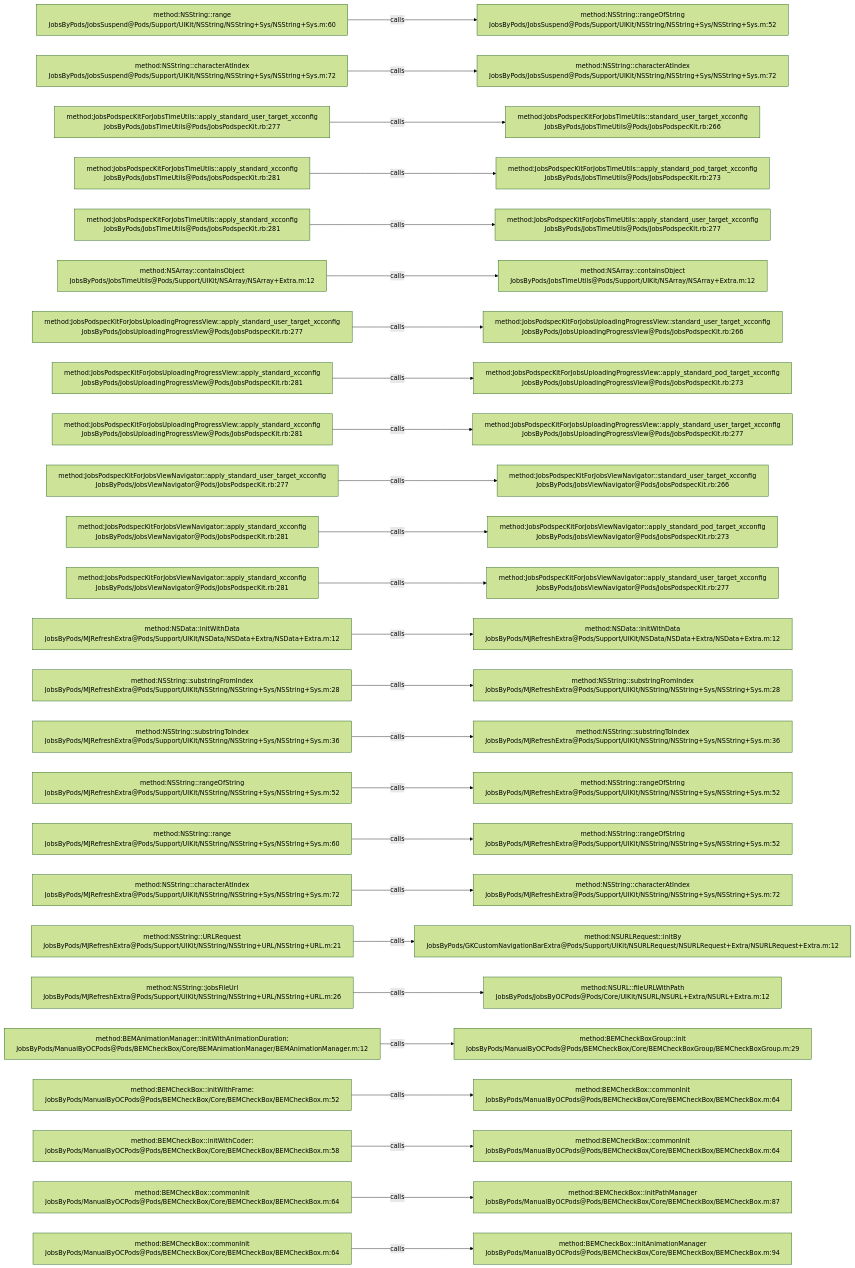
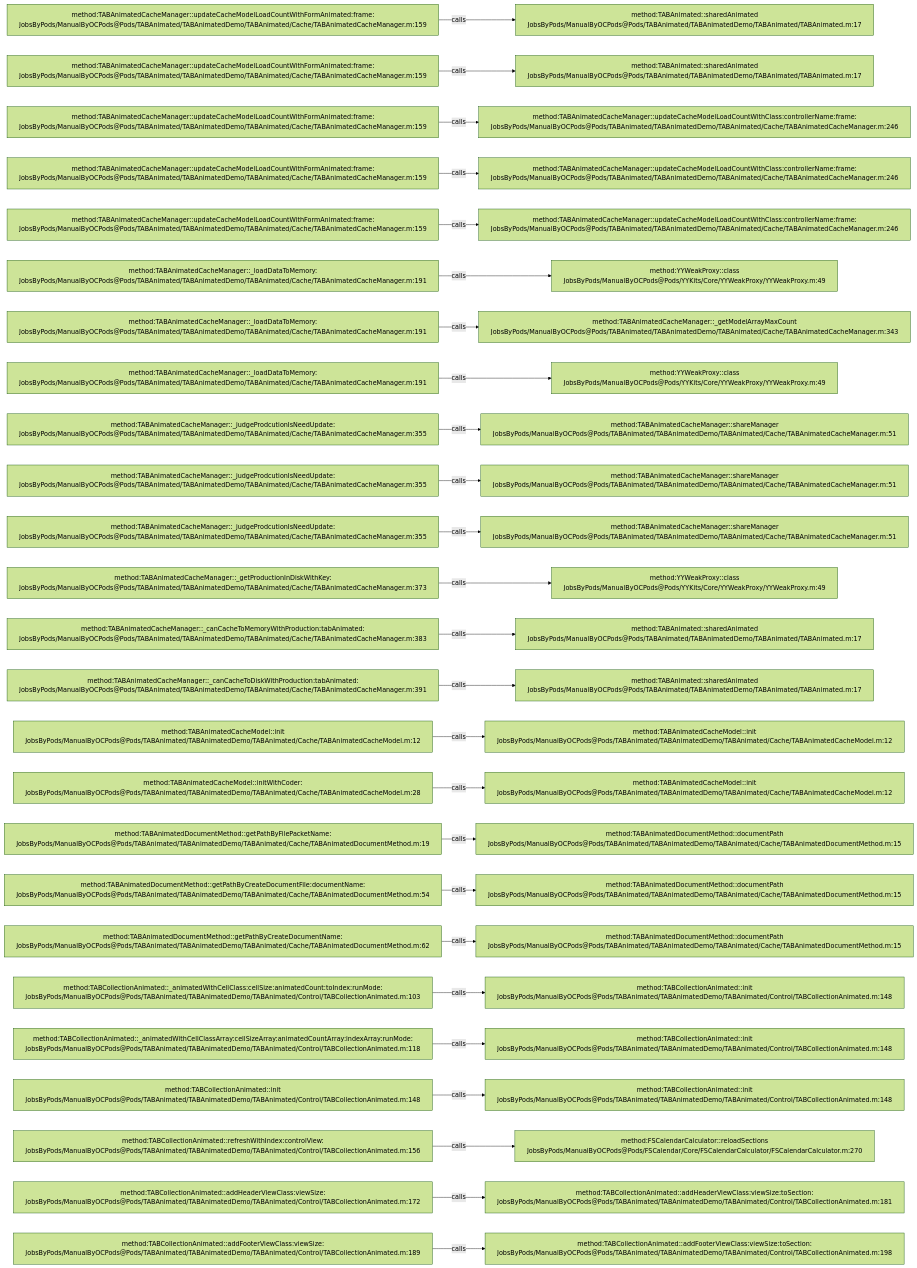
The diagram in .codegraph/codegraph.md/graphs/calls-013.md (JobsKits/JobsOCBaseConfigDemo), drawn with Mermaid (forest theme) before and after one commit. The commit also changed 1448 other files, not shown here.

````diff
--- a/.codegraph/codegraph.md/graphs/calls-013.md
+++ b/.codegraph/codegraph.md/graphs/calls-013.md
@@ -13,78 +13,78 @@
 ```mermaid
 flowchart LR
-  S1["method:NSString::range<br/>JobsByPods/JobsSuspend@Pods/Support/UIKit/NSString/NSString+Sys/NSString+Sys.m:60"]
-  T1["method:NSString::rangeOfString<br/>JobsByPods/JobsSuspend@Pods/Support/UIKit/NSString/NSString+Sys/NSString+Sys.m:52"]
+  S1["method:TABAnimatedCacheManager::updateCacheModelLoadCountWithFormAnimated:frame:<br/>JobsByPods/ManualByOCPods@Pods/TABAnimated/TABAnimatedDemo/TABAnimated/Cache/TABAnimatedCacheManager.m:159"]
+  T1["method:TABAnimated::sharedAnimated<br/>JobsByPods/ManualByOCPods@Pods/TABAnimated/TABAnimatedDemo/TABAnimated/TABAnimated.m:17"]
   S1 -->|calls| T1
-  S2["method:NSString::characterAtIndex<br/>JobsByPods/JobsSuspend@Pods/Support/UIKit/NSString/NSString+Sys/NSString+Sys.m:72"]
-  T2["method:NSString::characterAtIndex<br/>JobsByPods/JobsSuspend@Pods/Support/UIKit/NSString/NSString+Sys/NSString+Sys.m:72"]
+  S2["method:TABAnimatedCacheManager::updateCacheModelLoadCountWithFormAnimated:frame:<br/>JobsByPods/ManualByOCPods@Pods/TABAnimated/TABAnimatedDemo/TABAnimated/Cache/TABAnimatedCacheManager.m:159"]
+  T2["method:TABAnimated::sharedAnimated<br/>JobsByPods/ManualByOCPods@Pods/TABAnimated/TABAnimatedDemo/TABAnimated/TABAnimated.m:17"]
   S2 -->|calls| T2
-  S3["method:JobsPodspecKitForJobsTimeUtils::apply_standard_user_target_xcconfig<br/>JobsByPods/JobsTimeUtils@Pods/JobsPodspecKit.rb:277"]
-  T3["method:JobsPodspecKitForJobsTimeUtils::standard_user_target_xcconfig<br/>JobsByPods/JobsTimeUtils@Pods/JobsPodspecKit.rb:266"]
+  S3["method:TABAnimatedCacheManager::updateCacheModelLoadCountWithFormAnimated:frame:<br/>JobsByPods/ManualByOCPods@Pods/TABAnimated/TABAnimatedDemo/TABAnimated/Cache/TABAnimatedCacheManager.m:159"]
+  T3["method:TABAnimatedCacheManager::updateCacheModelLoadCountWithClass:controllerName:frame:<br/>JobsByPods/ManualByOCPods@Pods/TABAnimated/TABAnimatedDemo/TABAnimated/Cache/TABAnimatedCacheManager.m:246"]
   S3 -->|calls| T3
-  S4["method:JobsPodspecKitForJobsTimeUtils::apply_standard_xcconfig<br/>JobsByPods/JobsTimeUtils@Pods/JobsPodspecKit.rb:281"]
-  T4["method:JobsPodspecKitForJobsTimeUtils::apply_standard_pod_target_xcconfig<br/>JobsByPods/JobsTimeUtils@Pods/JobsPodspecKit.rb:273"]
+  S4["method:TABAnimatedCacheManager::updateCacheModelLoadCountWithFormAnimated:frame:<br/>JobsByPods/ManualByOCPods@Pods/TABAnimated/TABAnimatedDemo/TABAnimated/Cache/TABAnimatedCacheManager.m:159"]
+  T4["method:TABAnimatedCacheManager::updateCacheModelLoadCountWithClass:controllerName:frame:<br/>JobsByPods/ManualByOCPods@Pods/TABAnimated/TABAnimatedDemo/TABAnimated/Cache/TABAnimatedCacheManager.m:246"]
   S4 -->|calls| T4
-  S5["method:JobsPodspecKitForJobsTimeUtils::apply_standard_xcconfig<br/>JobsByPods/JobsTimeUtils@Pods/JobsPodspecKit.rb:281"]
-  T5["method:JobsPodspecKitForJobsTimeUtils::apply_standard_user_target_xcconfig<br/>JobsByPods/JobsTimeUtils@Pods/JobsPodspecKit.rb:277"]
+  S5["method:TABAnimatedCacheManager::updateCacheModelLoadCountWithFormAnimated:frame:<br/>JobsByPods/ManualByOCPods@Pods/TABAnimated/TABAnimatedDemo/TABAnimated/Cache/TABAnimatedCacheManager.m:159"]
+  T5["method:TABAnimatedCacheManager::updateCacheModelLoadCountWithClass:controllerName:frame:<br/>JobsByPods/ManualByOCPods@Pods/TABAnimated/TABAnimatedDemo/TABAnimated/Cache/TABAnimatedCacheManager.m:246"]
   S5 -->|calls| T5
-  S6["method:NSArray::containsObject<br/>JobsByPods/JobsTimeUtils@Pods/Support/UIKit/NSArray/NSArray+Extra.m:12"]
-  T6["method:NSArray::containsObject<br/>JobsByPods/JobsTimeUtils@Pods/Support/UIKit/NSArray/NSArray+Extra.m:12"]
+  S6["method:TABAnimatedCacheManager::_loadDataToMemory:<br/>JobsByPods/ManualByOCPods@Pods/TABAnimated/TABAnimatedDemo/TABAnimated/Cache/TABAnimatedCacheManager.m:191"]
+  T6["method:YYWeakProxy::class<br/>JobsByPods/ManualByOCPods@Pods/YYKits/Core/YYWeakProxy/YYWeakProxy.m:49"]
   S6 -->|calls| T6
-  S7["method:JobsPodspecKitForJobsUploadingProgressView::apply_standard_user_target_xcconfig<br/>JobsByPods/JobsUploadingProgressView@Pods/JobsPodspecKit.rb:277"]
-  T7["method:JobsPodspecKitForJobsUploadingProgressView::standard_user_target_xcconfig<br/>JobsByPods/JobsUploadingProgressView@Pods/JobsPodspecKit.rb:266"]
+  S7["method:TABAnimatedCacheManager::_loadDataToMemory:<br/>JobsByPods/ManualByOCPods@Pods/TABAnimated/TABAnimatedDemo/TABAnimated/Cache/TABAnimatedCacheManager.m:191"]
+  T7["method:TABAnimatedCacheManager::_getModelArrayMaxCount<br/>JobsByPods/ManualByOCPods@Pods/TABAnimated/TABAnimatedDemo/TABAnimated/Cache/TABAnimatedCacheManager.m:343"]
   S7 -->|calls| T7
-  S8["method:JobsPodspecKitForJobsUploadingProgressView::apply_standard_xcconfig<br/>JobsByPods/JobsUploadingProgressView@Pods/JobsPodspecKit.rb:281"]
-  T8["method:JobsPodspecKitForJobsUploadingProgressView::apply_standard_pod_target_xcconfig<br/>JobsByPods/JobsUploadingProgressView@Pods/JobsPodspecKit.rb:273"]
+  S8["method:TABAnimatedCacheManager::_loadDataToMemory:<br/>JobsByPods/ManualByOCPods@Pods/TABAnimated/TABAnimatedDemo/TABAnimated/Cache/TABAnimatedCacheManager.m:191"]
+  T8["method:YYWeakProxy::class<br/>JobsByPods/ManualByOCPods@Pods/YYKits/Core/YYWeakProxy/YYWeakProxy.m:49"]
   S8 -->|calls| T8
-  S9["method:JobsPodspecKitForJobsUploadingProgressView::apply_standard_xcconfig<br/>JobsByPods/JobsUploadingProgressView@Pods/JobsPodspecKit.rb:281"]
-  T9["method:JobsPodspecKitForJobsUploadingProgressView::apply_standard_user_target_xcconfig<br/>JobsByPods/JobsUploadingProgressView@Pods/JobsPodspecKit.rb:277"]
+  S9["method:TABAnimatedCacheManager::_judgeProdcutionIsNeedUpdate:<br/>JobsByPods/ManualByOCPods@Pods/TABAnimated/TABAnimatedDemo/TABAnimated/Cache/TABAnimatedCacheManager.m:355"]
+  T9["method:TABAnimatedCacheManager::shareManager<br/>JobsByPods/ManualByOCPods@Pods/TABAnimated/TABAnimatedDemo/TABAnimated/Cache/TABAnimatedCacheManager.m:51"]
   S9 -->|calls| T9
-  S10["method:JobsPodspecKitForJobsViewNavigator::apply_standard_user_target_xcconfig<br/>JobsByPods/JobsViewNavigator@Pods/JobsPodspecKit.rb:277"]
-  T10["method:JobsPodspecKitForJobsViewNavigator::standard_user_target_xcconfig<br/>JobsByPods/JobsViewNavigator@Pods/JobsPodspecKit.rb:266"]
+  S10["method:TABAnimatedCacheManager::_judgeProdcutionIsNeedUpdate:<br/>JobsByPods/ManualByOCPods@Pods/TABAnimated/TABAnimatedDemo/TABAnimated/Cache/TABAnimatedCacheManager.m:355"]
+  T10["method:TABAnimatedCacheManager::shareManager<br/>JobsByPods/ManualByOCPods@Pods/TABAnimated/TABAnimatedDemo/TABAnimated/Cache/TABAnimatedCacheManager.m:51"]
   S10 -->|calls| T10
-  S11["method:JobsPodspecKitForJobsViewNavigator::apply_standard_xcconfig<br/>JobsByPods/JobsViewNavigator@Pods/JobsPodspecKit.rb:281"]
-  T11["method:JobsPodspecKitForJobsViewNavigator::apply_standard_pod_target_xcconfig<br/>JobsByPods/JobsViewNavigator@Pods/JobsPodspecKit.rb:273"]
+  S11["method:TABAnimatedCacheManager::_judgeProdcutionIsNeedUpdate:<br/>JobsByPods/ManualByOCPods@Pods/TABAnimated/TABAnimatedDemo/TABAnimated/Cache/TABAnimatedCacheManager.m:355"]
+  T11["method:TABAnimatedCacheManager::shareManager<br/>JobsByPods/ManualByOCPods@Pods/TABAnimated/TABAnimatedDemo/TABAnimated/Cache/TABAnimatedCacheManager.m:51"]
   S11 -->|calls| T11
-  S12["method:JobsPodspecKitForJobsViewNavigator::apply_standard_xcconfig<br/>JobsByPods/JobsViewNavigator@Pods/JobsPodspecKit.rb:281"]
-  T12["method:JobsPodspecKitForJobsViewNavigator::apply_standard_user_target_xcconfig<br/>JobsByPods/JobsViewNavigator@Pods/JobsPodspecKit.rb:277"]
+  S12["method:TABAnimatedCacheManager::_getProductionInDiskWithKey:<br/>JobsByPods/ManualByOCPods@Pods/TABAnimated/TABAnimatedDemo/TABAnimated/Cache/TABAnimatedCacheManager.m:373"]
+  T12["method:YYWeakProxy::class<br/>JobsByPods/ManualByOCPods@Pods/YYKits/Core/YYWeakProxy/YYWeakProxy.m:49"]
   S12 -->|calls| T12
-  S13["method:NSData::initWithData<br/>JobsByPods/MJRefreshExtra@Pods/Support/UIKit/NSData/NSData+Extra/NSData+Extra.m:12"]
-  T13["method:NSData::initWithData<br/>JobsByPods/MJRefreshExtra@Pods/Support/UIKit/NSData/NSData+Extra/NSData+Extra.m:12"]
+  S13["method:TABAnimatedCacheManager::_canCacheToMemoryWithProduction:tabAnimated:<br/>JobsByPods/ManualByOCPods@Pods/TABAnimated/TABAnimatedDemo/TABAnimated/Cache/TABAnimatedCacheManager.m:383"]
+  T13["method:TABAnimated::sharedAnimated<br/>JobsByPods/ManualByOCPods@Pods/TABAnimated/TABAnimatedDemo/TABAnimated/TABAnimated.m:17"]
   S13 -->|calls| T13
-  S14["method:NSString::substringFromIndex<br/>JobsByPods/MJRefreshExtra@Pods/Support/UIKit/NSString/NSString+Sys/NSString+Sys.m:28"]
-  T14["method:NSString::substringFromIndex<br/>JobsByPods/MJRefreshExtra@Pods/Support/UIKit/NSString/NSString+Sys/NSString+Sys.m:28"]
+  S14["method:TABAnimatedCacheManager::_canCacheToDiskWithProduction:tabAnimated:<br/>JobsByPods/ManualByOCPods@Pods/TABAnimated/TABAnimatedDemo/TABAnimated/Cache/TABAnimatedCacheManager.m:391"]
+  T14["method:TABAnimated::sharedAnimated<br/>JobsByPods/ManualByOCPods@Pods/TABAnimated/TABAnimatedDemo/TABAnimated/TABAnimated.m:17"]
   S14 -->|calls| T14
-  S15["method:NSString::substringToIndex<br/>JobsByPods/MJRefreshExtra@Pods/Support/UIKit/NSString/NSString+Sys/NSString+Sys.m:36"]
-  T15["method:NSString::substringToIndex<br/>JobsByPods/MJRefreshExtra@Pods/Support/UIKit/NSString/NSString+Sys/NSString+Sys.m:36"]
+  S15["method:TABAnimatedCacheModel::init<br/>JobsByPods/ManualByOCPods@Pods/TABAnimated/TABAnimatedDemo/TABAnimated/Cache/TABAnimatedCacheModel.m:12"]
+  T15["method:TABAnimatedCacheModel::init<br/>JobsByPods/ManualByOCPods@Pods/TABAnimated/TABAnimatedDemo/TABAnimated/Cache/TABAnimatedCacheModel.m:12"]
   S15 -->|calls| T15
-  S16["method:NSString::rangeOfString<br/>JobsByPods/MJRefreshExtra@Pods/Support/UIKit/NSString/NSString+Sys/NSString+Sys.m:52"]
-  T16["method:NSString::rangeOfString<br/>JobsByPods/MJRefreshExtra@Pods/Support/UIKit/NSString/NSString+Sys/NSString+Sys.m:52"]
+  S16["method:TABAnimatedCacheModel::initWithCoder:<br/>JobsByPods/ManualByOCPods@Pods/TABAnimated/TABAnimatedDemo/TABAnimated/Cache/TABAnimatedCacheModel.m:28"]
+  T16["method:TABAnimatedCacheModel::init<br/>JobsByPods/ManualByOCPods@Pods/TABAnimated/TABAnimatedDemo/TABAnimated/Cache/TABAnimatedCacheModel.m:12"]
   S16 -->|calls| T16
-  S17["method:NSString::range<br/>JobsByPods/MJRefreshExtra@Pods/Support/UIKit/NSString/NSString+Sys/NSString+Sys.m:60"]
-  T17["method:NSString::rangeOfString<br/>JobsByPods/MJRefreshExtra@Pods/Support/UIKit/NSString/NSString+Sys/NSString+Sys.m:52"]
+  S17["method:TABAnimatedDocumentMethod::getPathByFilePacketName:<br/>JobsByPods/ManualByOCPods@Pods/TABAnimated/TABAnimatedDemo/TABAnimated/Cache/TABAnimatedDocumentMethod.m:19"]
+  T17["method:TABAnimatedDocumentMethod::documentPath<br/>JobsByPods/ManualByOCPods@Pods/TABAnimated/TABAnimatedDemo/TABAnimated/Cache/TABAnimatedDocumentMethod.m:15"]
   S17 -->|calls| T17
-  S18["method:NSString::characterAtIndex<br/>JobsByPods/MJRefreshExtra@Pods/Support/UIKit/NSString/NSString+Sys/NSString+Sys.m:72"]
-  T18["method:NSString::characterAtIndex<br/>JobsByPods/MJRefreshExtra@Pods/Support/UIKit/NSString/NSString+Sys/NSString+Sys.m:72"]
+  S18["method:TABAnimatedDocumentMethod::getPathByCreateDocumentFile:documentName:<br/>JobsByPods/ManualByOCPods@Pods/TABAnimated/TABAnimatedDemo/TABAnimated/Cache/TABAnimatedDocumentMethod.m:54"]
+  T18["method:TABAnimatedDocumentMethod::documentPath<br/>JobsByPods/ManualByOCPods@Pods/TABAnimated/TABAnimatedDemo/TABAnimated/Cache/TABAnimatedDocumentMethod.m:15"]
   S18 -->|calls| T18
-  S19["method:NSString::URLRequest<br/>JobsByPods/MJRefreshExtra@Pods/Support/UIKit/NSString/NSString+URL/NSString+URL.m:21"]
-  T19["method:NSURLRequest::initBy<br/>JobsByPods/GKCustomNavigationBarExtra@Pods/Support/UIKit/NSURLRequest/NSURLRequest+Extra/NSURLRequest+Extra.m:12"]
+  S19["method:TABAnimatedDocumentMethod::getPathByCreateDocumentName:<br/>JobsByPods/ManualByOCPods@Pods/TABAnimated/TABAnimatedDemo/TABAnimated/Cache/TABAnimatedDocumentMethod.m:62"]
+  T19["method:TABAnimatedDocumentMethod::documentPath<br/>JobsByPods/ManualByOCPods@Pods/TABAnimated/TABAnimatedDemo/TABAnimated/Cache/TABAnimatedDocumentMethod.m:15"]
   S19 -->|calls| T19
-  S20["method:NSString::jobsFileUrl<br/>JobsByPods/MJRefreshExtra@Pods/Support/UIKit/NSString/NSString+URL/NSString+URL.m:26"]
-  T20["method:NSURL::fileURLWithPath<br/>JobsByPods/JobsByOCPods@Pods/Core/UIKit/NSURL/NSURL+Extra/NSURL+Extra.m:12"]
+  S20["method:TABCollectionAnimated::_animatedWithCellClass:cellSize:animatedCount:toIndex:runMode:<br/>JobsByPods/ManualByOCPods@Pods/TABAnimated/TABAnimatedDemo/TABAnimated/Control/TABCollectionAnimated.m:103"]
+  T20["method:TABCollectionAnimated::init<br/>JobsByPods/ManualByOCPods@Pods/TABAnimated/TABAnimatedDemo/TABAnimated/Control/TABCollectionAnimated.m:148"]
   S20 -->|calls| T20
-  S21["method:BEMAnimationManager::initWithAnimationDuration:<br/>JobsByPods/ManualByOCPods@Pods/BEMCheckBox/Core/BEMAnimationManager/BEMAnimationManager.m:12"]
-  T21["method:BEMCheckBoxGroup::init<br/>JobsByPods/ManualByOCPods@Pods/BEMCheckBox/Core/BEMCheckBoxGroup/BEMCheckBoxGroup.m:29"]
+  S21["method:TABCollectionAnimated::_animatedWithCellClassArray:cellSizeArray:animatedCountArray:indexArray:runMode:<br/>JobsByPods/ManualByOCPods@Pods/TABAnimated/TABAnimatedDemo/TABAnimated/Control/TABCollectionAnimated.m:118"]
+  T21["method:TABCollectionAnimated::init<br/>JobsByPods/ManualByOCPods@Pods/TABAnimated/TABAnimatedDemo/TABAnimated/Control/TABCollectionAnimated.m:148"]
   S21 -->|calls| T21
-  S22["method:BEMCheckBox::initWithFrame:<br/>JobsByPods/ManualByOCPods@Pods/BEMCheckBox/Core/BEMCheckBox/BEMCheckBox.m:52"]
-  T22["method:BEMCheckBox::commonInit<br/>JobsByPods/ManualByOCPods@Pods/BEMCheckBox/Core/BEMCheckBox/BEMCheckBox.m:64"]
+  S22["method:TABCollectionAnimated::init<br/>JobsByPods/ManualByOCPods@Pods/TABAnimated/TABAnimatedDemo/TABAnimated/Control/TABCollectionAnimated.m:148"]
+  T22["method:TABCollectionAnimated::init<br/>JobsByPods/ManualByOCPods@Pods/TABAnimated/TABAnimatedDemo/TABAnimated/Control/TABCollectionAnimated.m:148"]
   S22 -->|calls| T22
-  S23["method:BEMCheckBox::initWithCoder:<br/>JobsByPods/ManualByOCPods@Pods/BEMCheckBox/Core/BEMCheckBox/BEMCheckBox.m:58"]
-  T23["method:BEMCheckBox::commonInit<br/>JobsByPods/ManualByOCPods@Pods/BEMCheckBox/Core/BEMCheckBox/BEMCheckBox.m:64"]
+  S23["method:TABCollectionAnimated::refreshWithIndex:controlView:<br/>JobsByPods/ManualByOCPods@Pods/TABAnimated/TABAnimatedDemo/TABAnimated/Control/TABCollectionAnimated.m:156"]
+  T23["method:FSCalendarCalculator::reloadSections<br/>JobsByPods/ManualByOCPods@Pods/FSCalendar/Core/FSCalendarCalculator/FSCalendarCalculator.m:270"]
   S23 -->|calls| T23
-  S24["method:BEMCheckBox::commonInit<br/>JobsByPods/ManualByOCPods@Pods/BEMCheckBox/Core/BEMCheckBox/BEMCheckBox.m:64"]
-  T24["method:BEMCheckBox::initPathManager<br/>JobsByPods/ManualByOCPods@Pods/BEMCheckBox/Core/BEMCheckBox/BEMCheckBox.m:87"]
+  S24["method:TABCollectionAnimated::addHeaderViewClass:viewSize:<br/>JobsByPods/ManualByOCPods@Pods/TABAnimated/TABAnimatedDemo/TABAnimated/Control/TABCollectionAnimated.m:172"]
+  T24["method:TABCollectionAnimated::addHeaderViewClass:viewSize:toSection:<br/>JobsByPods/ManualByOCPods@Pods/TABAnimated/TABAnimatedDemo/TABAnimated/Control/TABCollectionAnimated.m:181"]
   S24 -->|calls| T24
-  S25["method:BEMCheckBox::commonInit<br/>JobsByPods/ManualByOCPods@Pods/BEMCheckBox/Core/BEMCheckBox/BEMCheckBox.m:64"]
-  T25["method:BEMCheckBox::initAnimationManager<br/>JobsByPods/ManualByOCPods@Pods/BEMCheckBox/Core/BEMCheckBox/BEMCheckBox.m:94"]
+  S25["method:TABCollectionAnimated::addFooterViewClass:viewSize:<br/>JobsByPods/ManualByOCPods@Pods/TABAnimated/TABAnimatedDemo/TABAnimated/Control/TABCollectionAnimated.m:189"]
+  T25["method:TABCollectionAnimated::addFooterViewClass:viewSize:toSection:<br/>JobsByPods/ManualByOCPods@Pods/TABAnimated/TABAnimatedDemo/TABAnimated/Control/TABCollectionAnimated.m:198"]
   S25 -->|calls| T25
 ```
````
